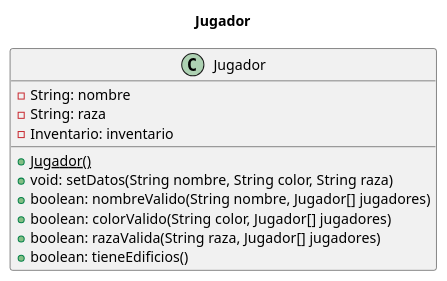
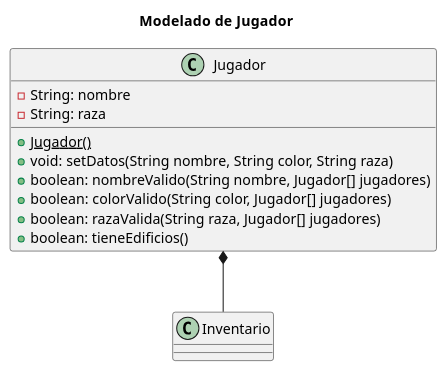
Before and after one commit to m-cabrerar/AlgoStar: the diagram in diagrams/classes/Jugador.puml, drawn with PlantUML. The commit also changed 6 other files, not shown here.

Commit message:
Actualizacion UMLs y UML vida

```diff
--- a/diagrams/classes/Jugador.puml
+++ b/diagrams/classes/Jugador.puml
@@ -1,20 +1,21 @@
 @startuml
 'https://plantuml.com/class-diagram
 
-title Jugador
+title Modelado de  Jugador
 
 class Jugador {
     -String: nombre
     -String: raza
-    -Inventario: inventario
 
     +<u>Jugador()
     +void: setDatos(String nombre, String color, String raza)
     +boolean: nombreValido(String nombre, Jugador[] jugadores)
     +boolean: colorValido(String color, Jugador[] jugadores)
     +boolean: razaValida(String raza, Jugador[] jugadores)
     +boolean: tieneEdificios()
 
 }
 
+Jugador *-- Inventario
+
 @enduml
```
